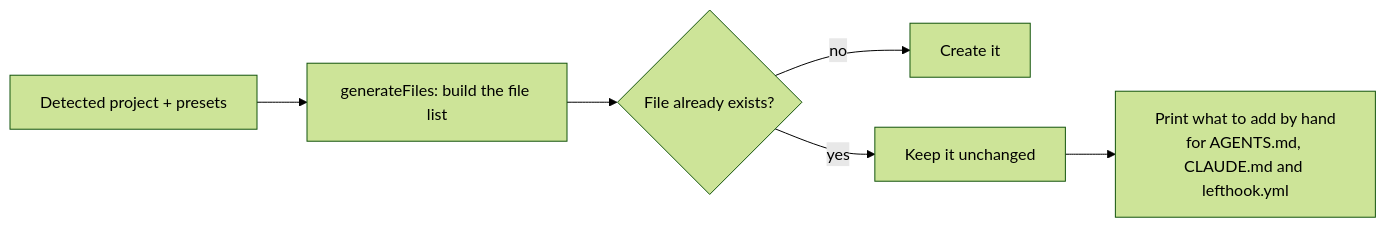
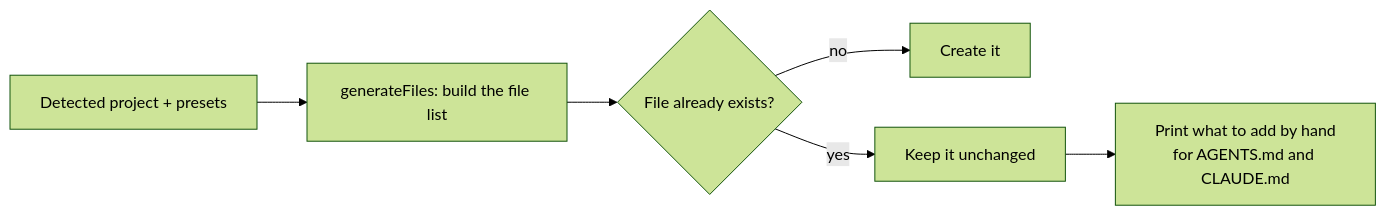
Before and after one commit to RedLucky/agent-initiator: the diagram in docs/wiki/en/features/generated-files.md, drawn with Mermaid (forest theme). The commit also changed other lines of this file and 52 other files, not shown here.

````diff
--- a/docs/wiki/en/features/generated-files.md
+++ b/docs/wiki/en/features/generated-files.md
@@ -23,8 +22,8 @@
 ```mermaid
 flowchart LR
     P[Detected project + presets] --> G[generateFiles: build the file list]
     G --> W{File already exists?}
     W -- no --> C[Create it]
     W -- yes --> K[Keep it unchanged]
-    K --> M[Print what to add by hand<br/>for AGENTS.md, CLAUDE.md and lefthook.yml]
+    K --> M[Print what to add by hand<br/>for AGENTS.md and CLAUDE.md]
 ```
````
